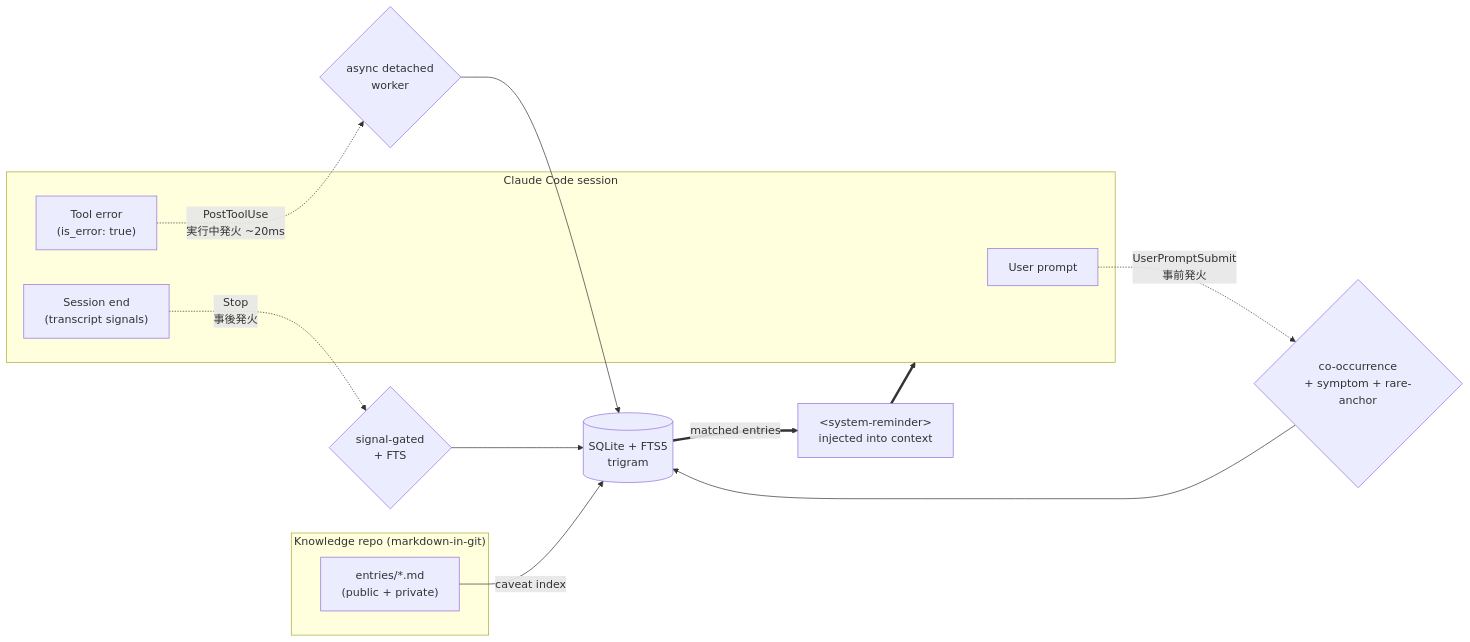
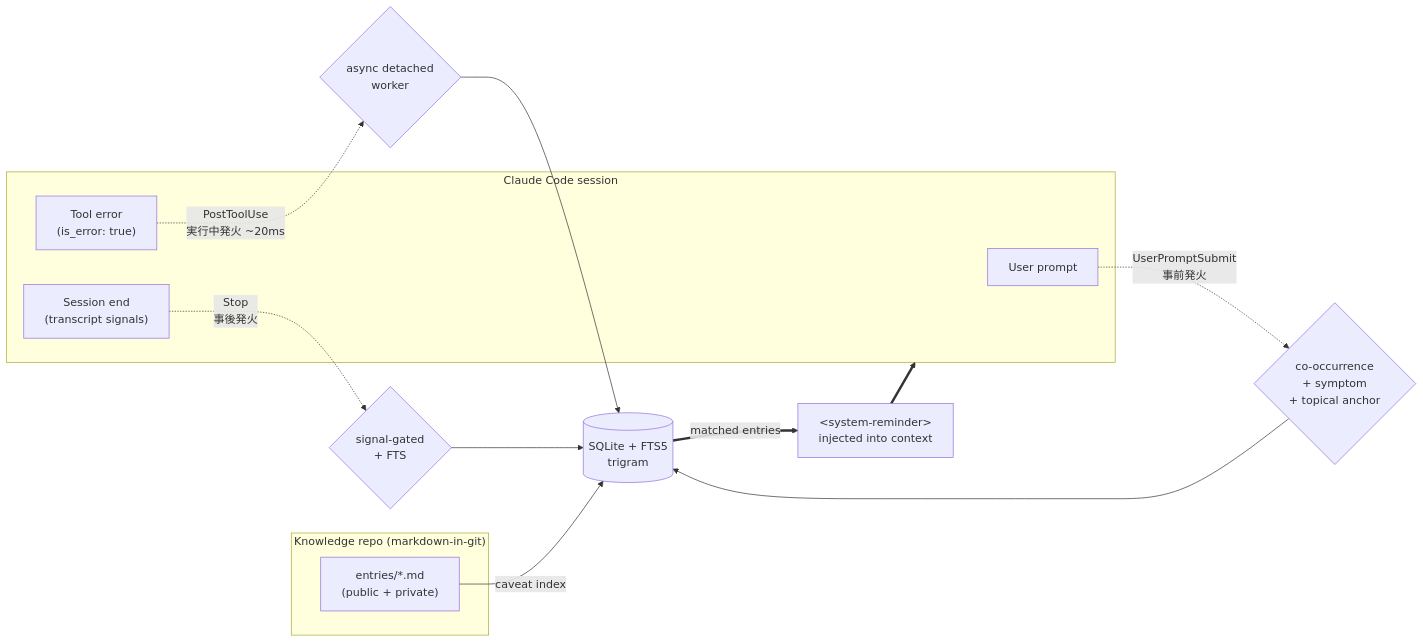
One commit to kitepon-rgb/Caveat changed the diagram in README.md. Above: the diagram before and after it, drawn with Mermaid. The commit also changed other lines of this file and 2 other files, not shown here.

````diff
--- a/README.md
+++ b/README.md
@@ -70,25 +70,25 @@
 ```mermaid
 flowchart LR
     subgraph KB["Knowledge repo (markdown-in-git)"]
         MD["entries/*.md<br/>(public + private)"]
     end
 
     MD -->|caveat index| FTS[("SQLite + FTS5<br/>trigram")]
 
     subgraph CC["Claude Code session"]
         P["User prompt"]
         T["Tool error<br/>(is_error: true)"]
         S["Session end<br/>(transcript signals)"]
     end
 
-    P -.->|"UserPromptSubmit<br/>事前発火"| H1{"co-occurrence<br/>+ symptom + rare-anchor"}
+    P -.->|"UserPromptSubmit<br/>事前発火"| H1{"co-occurrence<br/>+ symptom<br/>+ topical anchor"}
     T -.->|"PostToolUse<br/>実行中発火 ~20ms"| H2{"async detached<br/>worker"}
     S -.->|"Stop<br/>事後発火"| H3{"signal-gated<br/>+ FTS"}
 
     H1 --> FTS
     H2 --> FTS
     H3 --> FTS
 
     FTS ==>|matched entries| R["&lt;system-reminder&gt;<br/>injected into context"]
     R ==> CC
 ```
````
